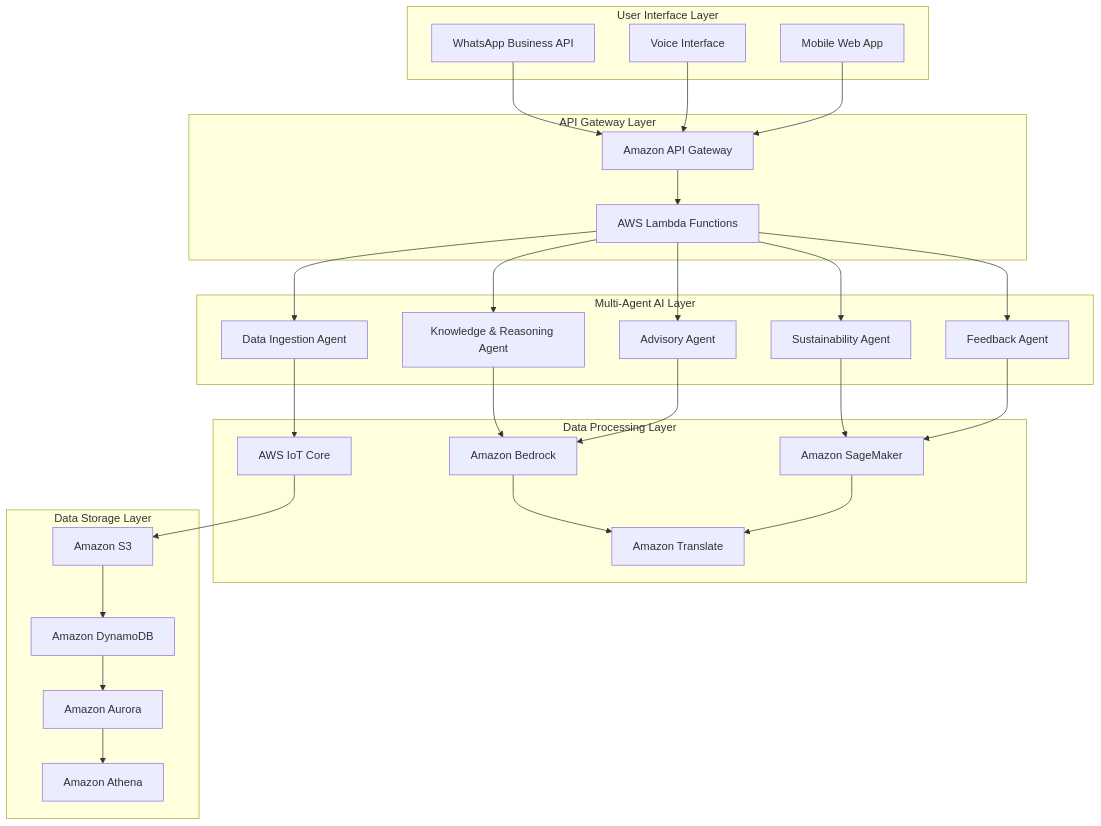
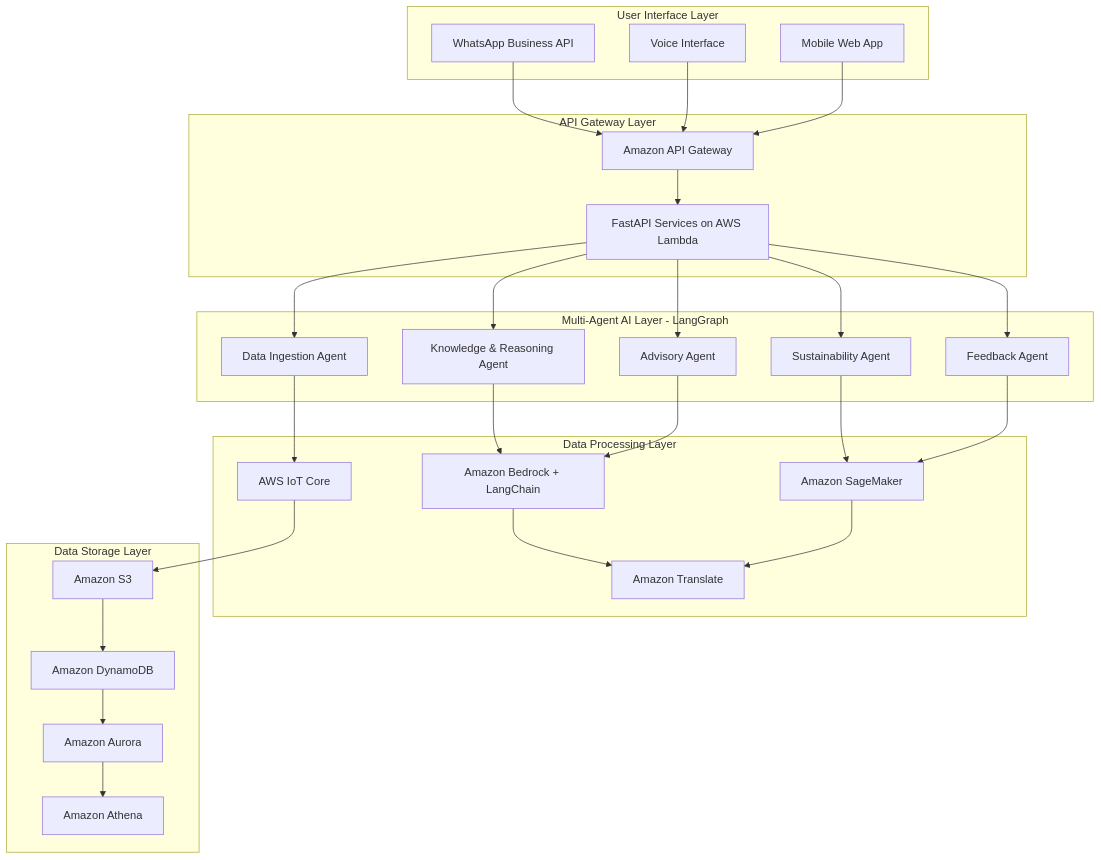
One commit to jaya-vardhan777/project-krishimitra changed the diagram in .kiro/specs/krishimitra/design.md. Above: the diagram before and after it, drawn with Mermaid. The commit also changed other lines of this file and 1002 other files, not shown here.

````diff
--- a/.kiro/specs/krishimitra/design.md
+++ b/.kiro/specs/krishimitra/design.md
@@ -15,56 +15,56 @@
 ```mermaid
 graph TB
     subgraph "User Interface Layer"
         A[WhatsApp Business API]
         B[Voice Interface]
         C[Mobile Web App]
     end
     
     subgraph "API Gateway Layer"
         D[Amazon API Gateway]
-        E[AWS Lambda Functions]
+        E[FastAPI Services on AWS Lambda]
     end
     
-    subgraph "Multi-Agent AI Layer"
+    subgraph "Multi-Agent AI Layer - LangGraph"
         F[Data Ingestion Agent]
         G[Knowledge & Reasoning Agent]
         H[Advisory Agent]
         I[Sustainability Agent]
         J[Feedback Agent]
     end
     
     subgraph "Data Processing Layer"
-        K[Amazon Bedrock]
+        K[Amazon Bedrock + LangChain]
         L[Amazon SageMaker]
         M[AWS IoT Core]
         N[Amazon Translate]
     end
     
     subgraph "Data Storage Layer"
         O[Amazon S3]
         P[Amazon DynamoDB]
         Q[Amazon Aurora]
         R[Amazon Athena]
     end
     
     A --> D
     B --> D
     C --> D
     D --> E
     E --> F
     E --> G
     E --> H
     E --> I
     E --> J
     F --> M
     G --> K
     H --> K
     I --> L
     J --> L
     K --> N
     L --> N
     M --> O
     O --> P
     P --> Q
     Q --> R
 ```
````
